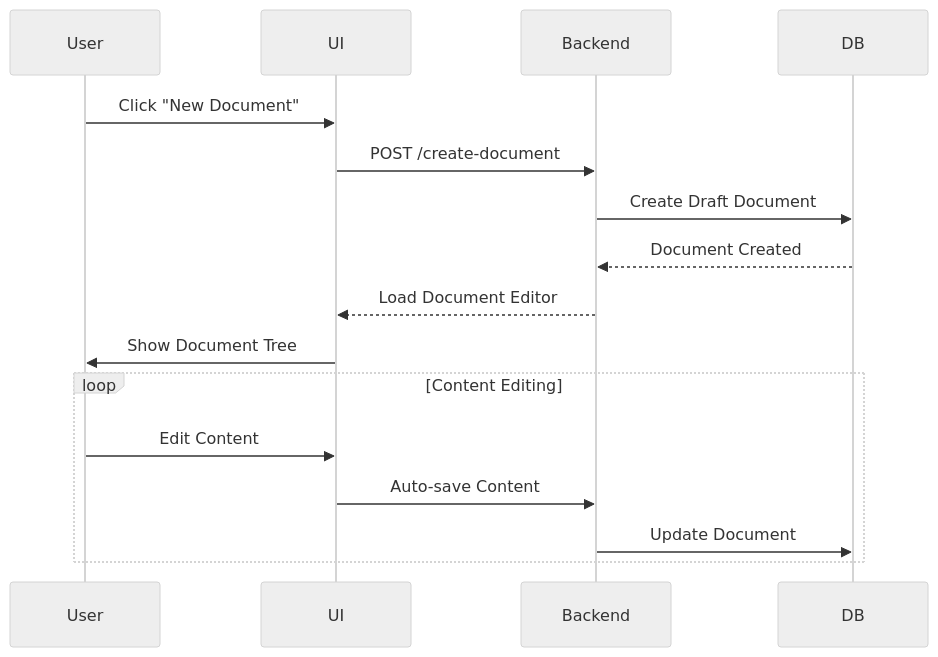
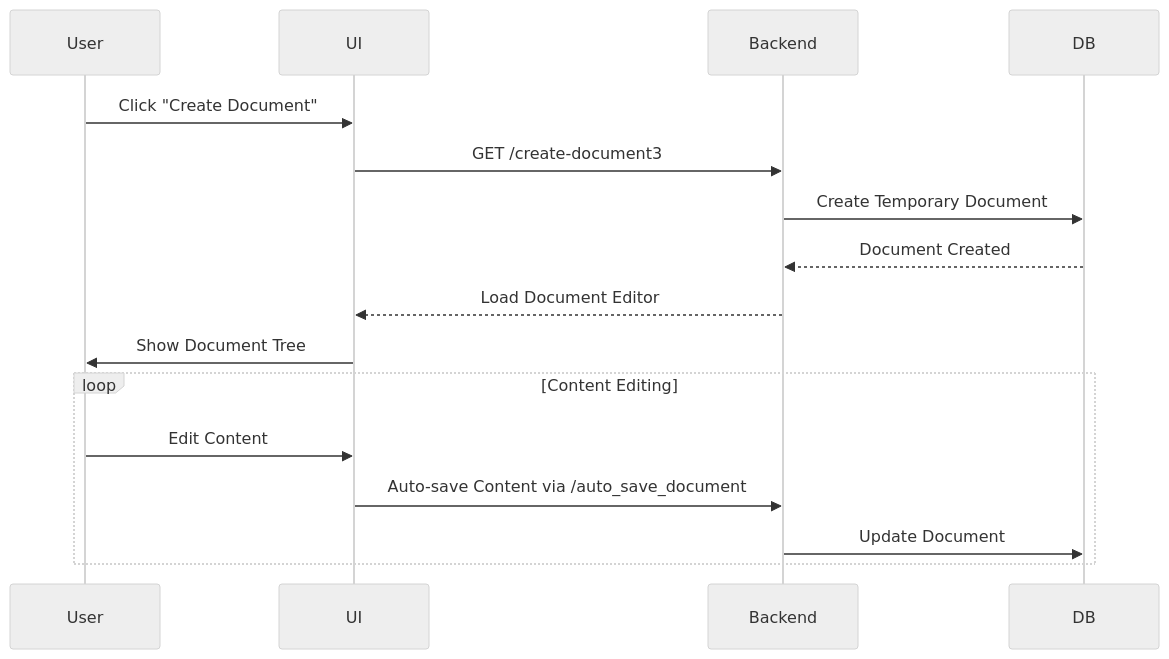
Before and after one commit to nik-x625/test2: the third of 8 diagrams in README.md, drawn with Mermaid (neutral theme). The commit also changed other lines of this file and 2 other files, not shown here.

````diff
--- a/README.md
+++ b/README.md
@@ -78,20 +78,20 @@
 ```mermaid
 sequenceDiagram
     participant User
     participant UI
     participant Backend
     participant DB
 
-    User->>UI: Click "New Document"
-    UI->>Backend: POST /create-document
-    Backend->>DB: Create Draft Document
+    User->>UI: Click "Create Document"
+    UI->>Backend: GET /create-document3
+    Backend->>DB: Create Temporary Document
     DB-->>Backend: Document Created
     Backend-->>UI: Load Document Editor
     UI->>User: Show Document Tree
     
     loop Content Editing
         User->>UI: Edit Content
-        UI->>Backend: Auto-save Content
+        UI->>Backend: Auto-save Content via /auto_save_document
         Backend->>DB: Update Document
     end
 ```
````
